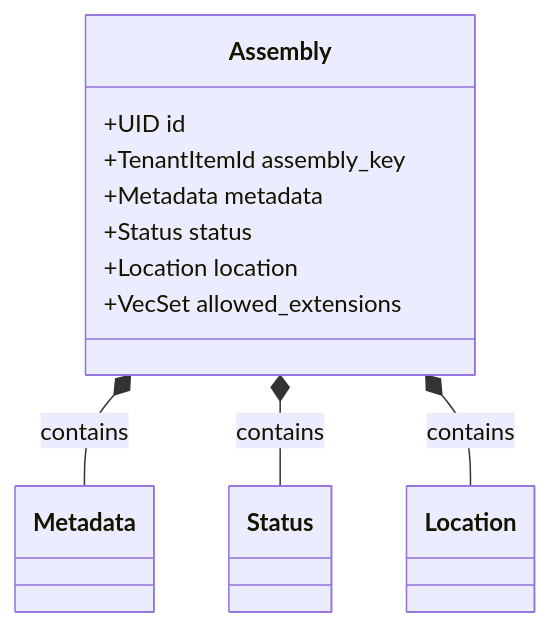
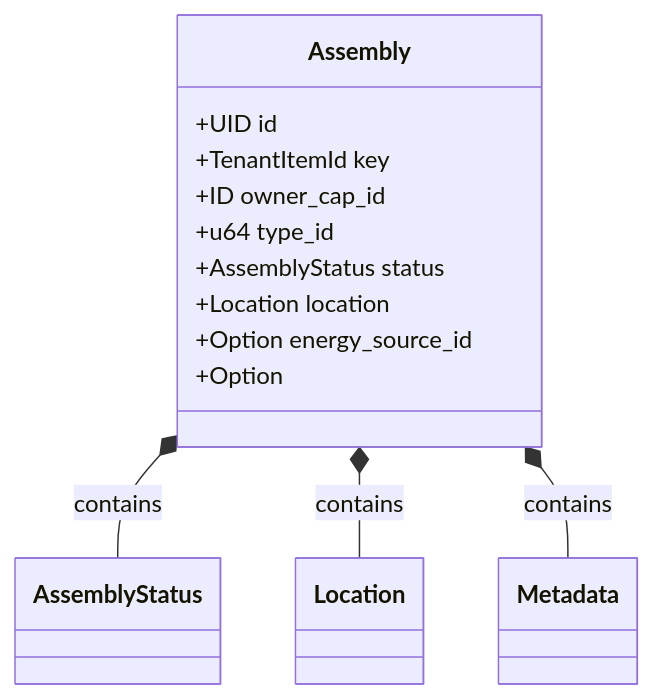
One commit to Scetrov/frontier.scetrov.live changed the first of 3 diagrams in content/develop/world-contracts/assemblies/assembly.move.md. Above: the diagram before and after it, drawn with Mermaid. The commit also changed other lines of this file and 8 other files, not shown here.

````diff
--- a/content/develop/world-contracts/assemblies/assembly.move.md
+++ b/content/develop/world-contracts/assemblies/assembly.move.md
@@ -39,15 +39,17 @@
 ```mermaid
 classDiagram
     class Assembly {
         +UID id
-        +TenantItemId assembly_key
-        +Metadata metadata
-        +Status status
+        +TenantItemId key
+        +ID owner_cap_id
+        +u64 type_id
+        +AssemblyStatus status
         +Location location
-        +VecSet allowed_extensions
+        +Option<ID> energy_source_id
+        +Option<Metadata> metadata
     }
+    Assembly *-- AssemblyStatus : contains
+    Assembly *-- Location : contains
     Assembly *-- Metadata : contains
-    Assembly *-- Status : contains
-    Assembly *-- Location : contains
 
 ```
````
